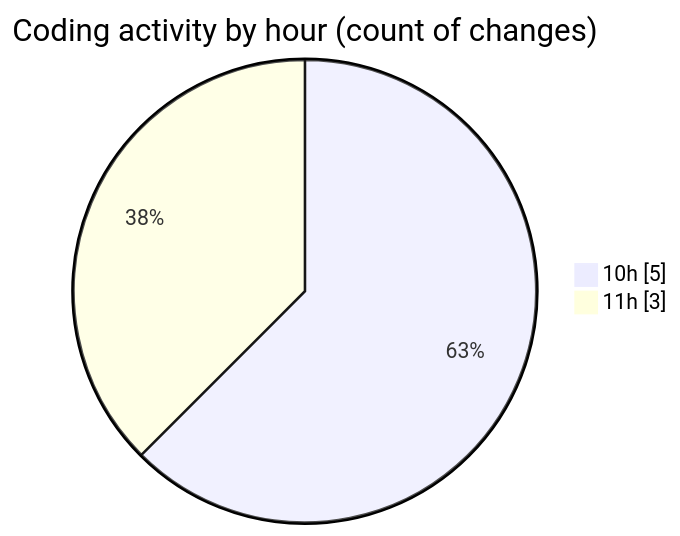
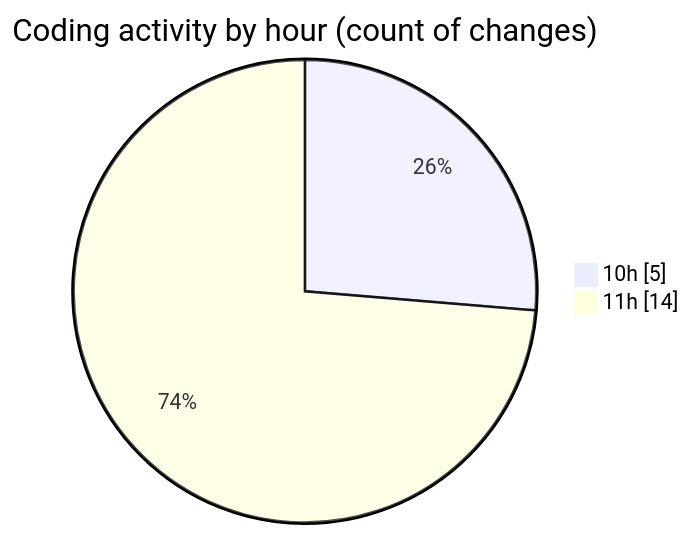
The second of 2 diagrams in 2025-06-17/cda/README.md (momahboobian/code-tracking), drawn with Mermaid before and after one commit. The commit also changed other lines of this file and 1 other file, not shown here.

````diff
--- a/2025-06-17/cda/README.md
+++ b/2025-06-17/cda/README.md
@@ -29,6 +29,6 @@
 ```mermaid
 pie showData
 title Coding activity by hour (count of changes)
 "10h" : 5
-"11h" : 3
+"11h" : 14
 ```
````
